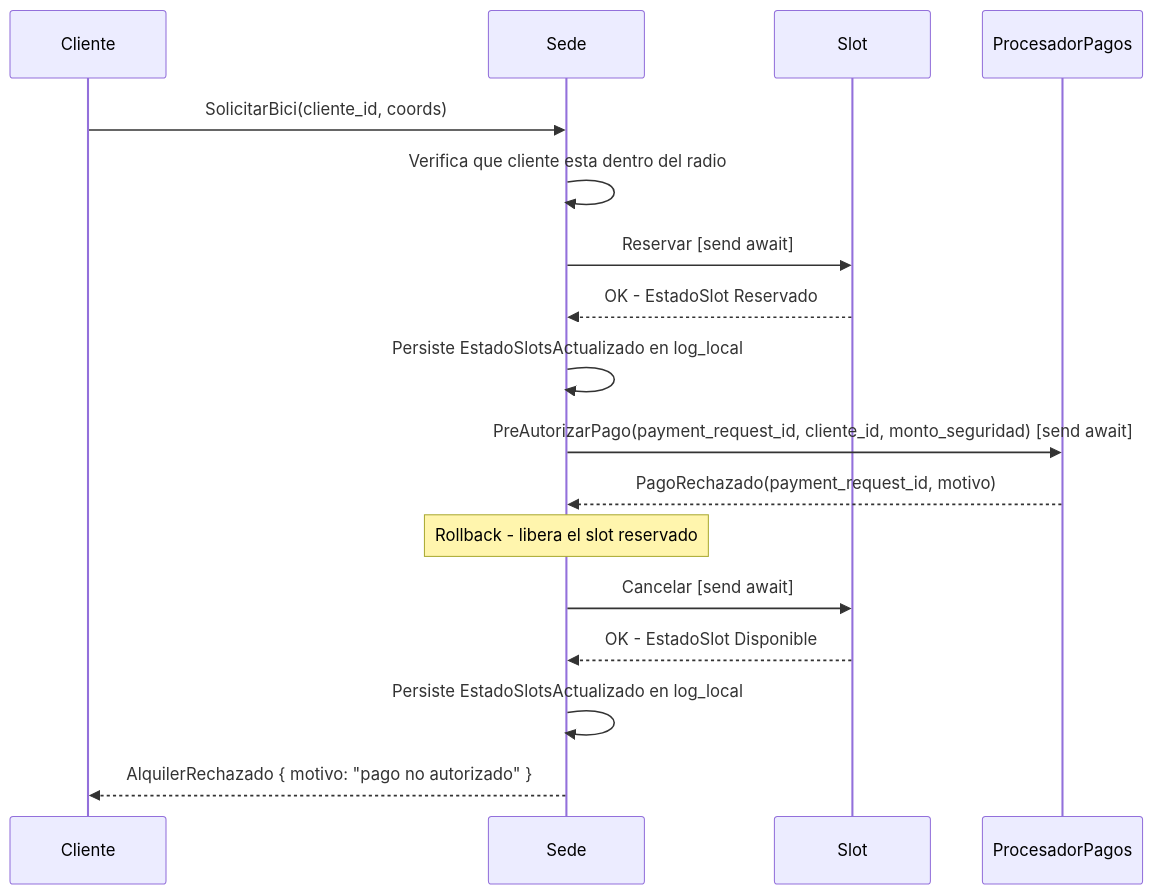
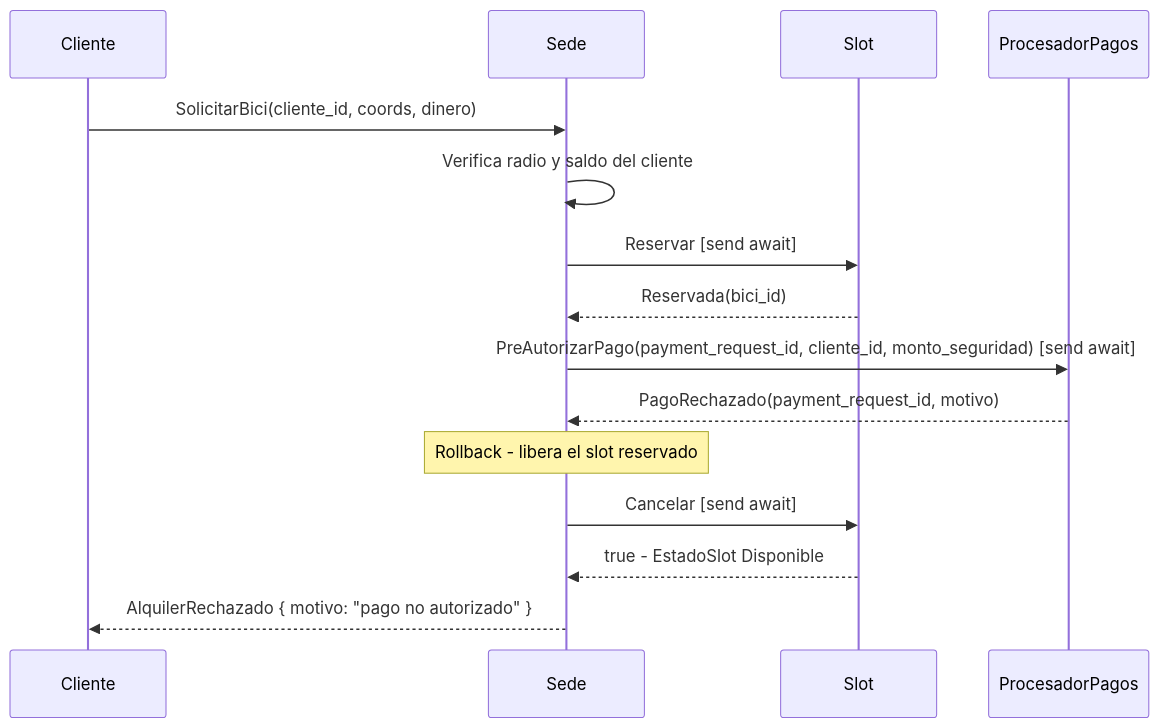
One commit to Jmenechian/distributed-bike-sharing changed the sixth of 14 diagrams in README.md. Above: the diagram before and after it, drawn with Mermaid. The commit also changed other lines of this file, not shown here.

Commit message:
docs(readme): actualizacion del README.md

````diff
--- a/README.md
+++ b/README.md
@@ -1188,20 +1038,18 @@
 ```mermaid
 sequenceDiagram
     participant Cliente
     participant Sede
     participant Slot
     participant ProcesadorPagos
 
-    Cliente->>Sede: SolicitarBici(cliente_id, coords)
-    Sede->>Sede: Verifica que cliente esta dentro del radio
+    Cliente->>Sede: SolicitarBici(cliente_id, coords, dinero)
+    Sede->>Sede: Verifica radio y saldo del cliente
     Sede->>Slot: Reservar [send await]
-    Slot-->>Sede: OK - EstadoSlot Reservado
-    Sede->>Sede: Persiste EstadoSlotsActualizado en log_local
+    Slot-->>Sede: Reservada(bici_id)
     Sede->>ProcesadorPagos: PreAutorizarPago(payment_request_id, cliente_id, monto_seguridad) [send await]
     ProcesadorPagos-->>Sede: PagoRechazado(payment_request_id, motivo)
     Note over Sede: Rollback - libera el slot reservado
     Sede->>Slot: Cancelar [send await]
-    Slot-->>Sede: OK - EstadoSlot Disponible
-    Sede->>Sede: Persiste EstadoSlotsActualizado en log_local
+    Slot-->>Sede: true - EstadoSlot Disponible
     Sede-->>Cliente: AlquilerRechazado { motivo: "pago no autorizado" }
 ```
````
